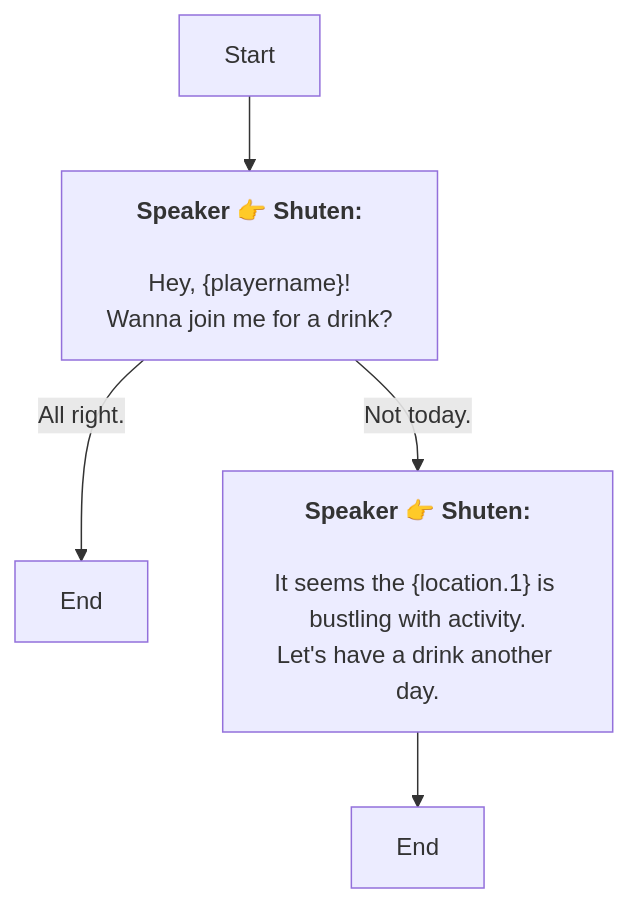
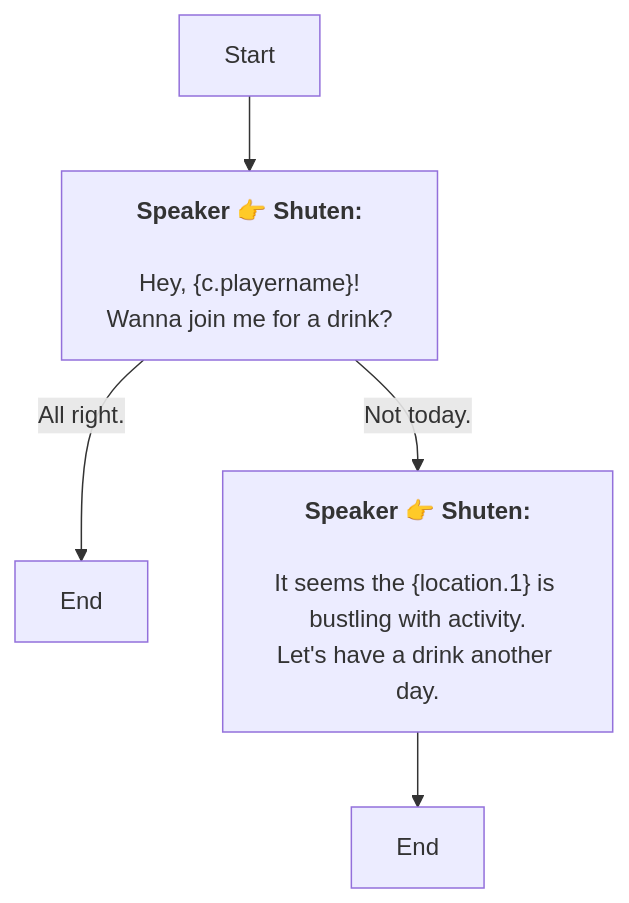
One commit to SoftHu/tos_avg changed the diagram in En/QuestStartTalkENode_1754569494313621.md. Above: the diagram before and after it, drawn with Mermaid. The commit also changed 410 other files, not shown here.

````diff
--- a/En/QuestStartTalkENode_1754569494313621.md
+++ b/En/QuestStartTalkENode_1754569494313621.md
@@ -1,12 +1,12 @@
 ```mermaid
 graph
 Start -->1754569657361049[<b>Speaker 👉 Shuten:</b>
-\nHey, &lbrace;playername&rbrace;!
+\nHey, &lbrace;c.playername&rbrace;!
 Wanna join me for a drink?]
 1754569657361049 -->|All right.|1754569704283809[End]
 1754569657361049 -->|Not today.|1754569700041376[<b>Speaker 👉 Shuten:</b>
 \nIt seems the &lbrace;location.1&rbrace; is bustling with activity.
 Let's have a drink another day.]
 1754569700041376 -->1754569717223074[End]
 
 ```
````
